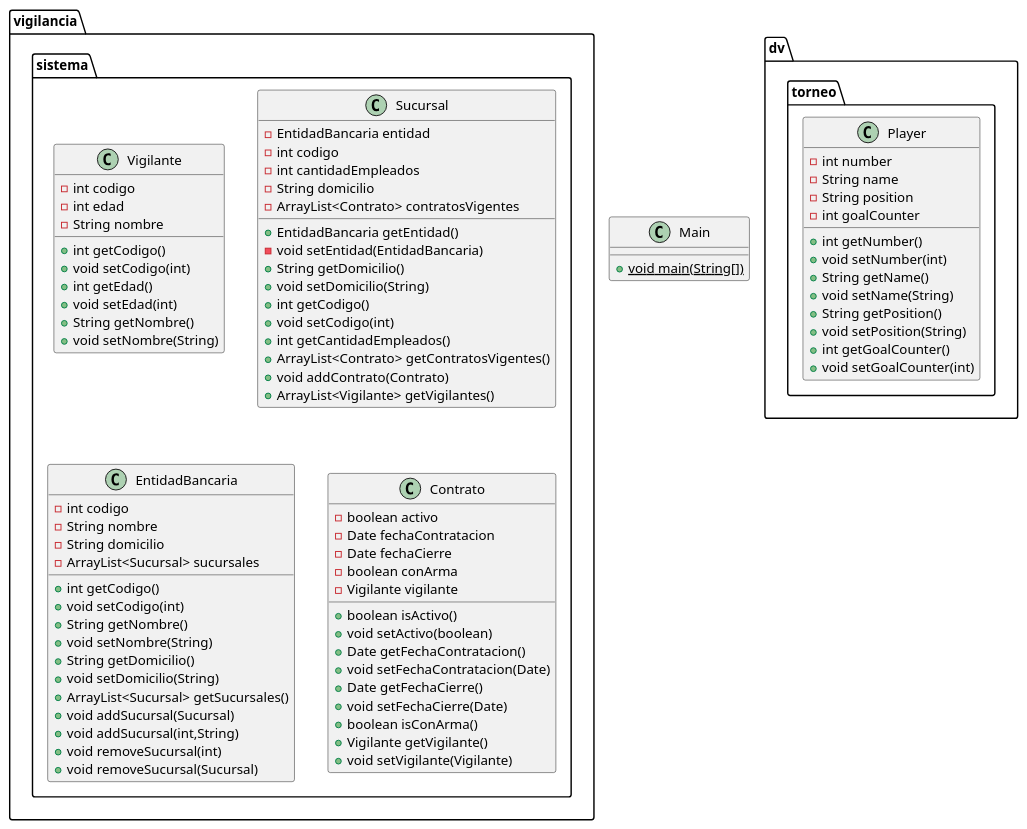
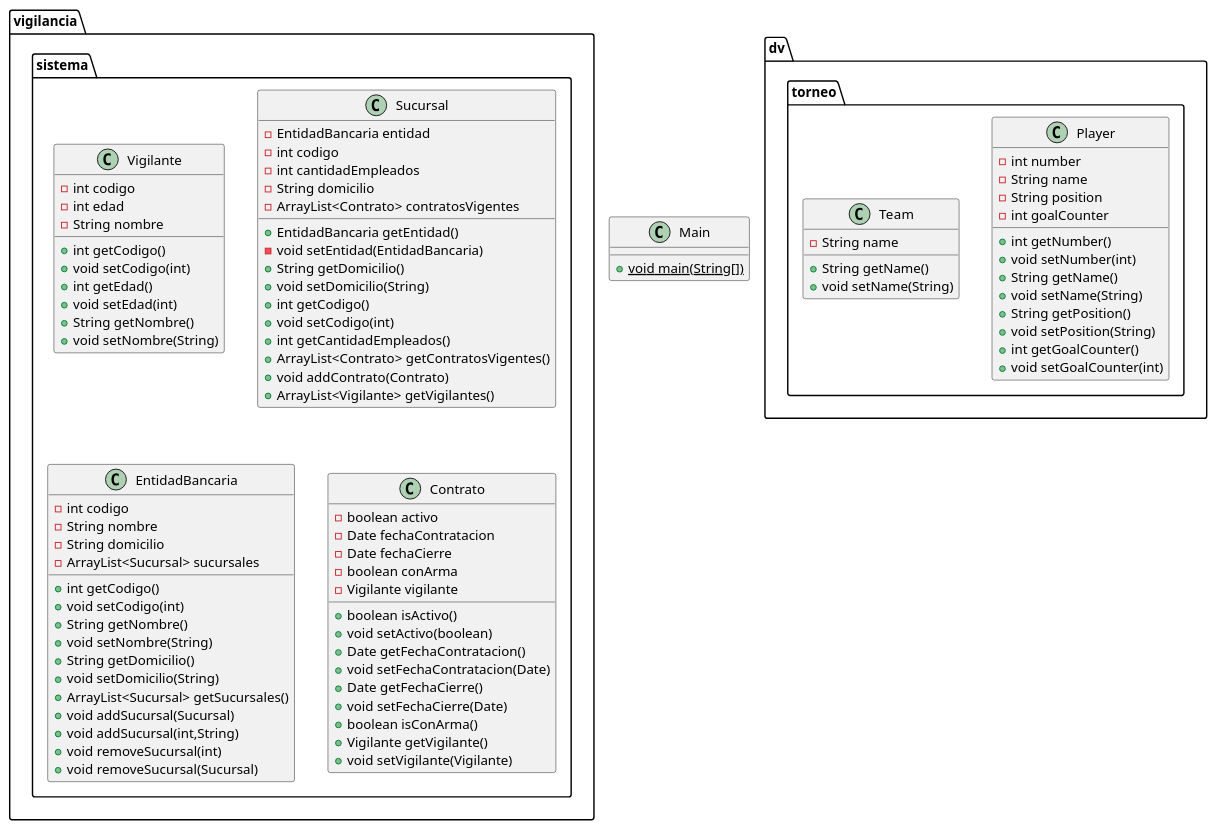
One commit to davinci-as/SistemaSucursales changed the diagram in class_diagram.puml. Above: the diagram before and after it, drawn with PlantUML.

Commit message:
docs: actualizar diagrama de clases

```diff
--- a/class_diagram.puml
+++ b/class_diagram.puml
@@ -1,91 +1,97 @@
 @startuml
 class vigilancia.sistema.Vigilante {
 - int codigo
 - int edad
 - String nombre
 + int getCodigo()
 + void setCodigo(int)
 + int getEdad()
 + void setEdad(int)
 + String getNombre()
 + void setNombre(String)
 }
 
 
 class vigilancia.sistema.Sucursal {
 - EntidadBancaria entidad
 - int codigo
 - int cantidadEmpleados
 - String domicilio
 - ArrayList<Contrato> contratosVigentes
 + EntidadBancaria getEntidad()
 - void setEntidad(EntidadBancaria)
 + String getDomicilio()
 + void setDomicilio(String)
 + int getCodigo()
 + void setCodigo(int)
 + int getCantidadEmpleados()
 + ArrayList<Contrato> getContratosVigentes()
 + void addContrato(Contrato)
 + ArrayList<Vigilante> getVigilantes()
 }
 
 
 class dv.torneo.Player {
 - int number
 - String name
 - String position
 - int goalCounter
 + int getNumber()
 + void setNumber(int)
 + String getName()
 + void setName(String)
 + String getPosition()
 + void setPosition(String)
 + int getGoalCounter()
 + void setGoalCounter(int)
 }
 
+class dv.torneo.Team {
+- String name
++ String getName()
++ void setName(String)
+}
+
 
 class vigilancia.sistema.EntidadBancaria {
 - int codigo
 - String nombre
 - String domicilio
 - ArrayList<Sucursal> sucursales
 + int getCodigo()
 + void setCodigo(int)
 + String getNombre()
 + void setNombre(String)
 + String getDomicilio()
 + void setDomicilio(String)
 + ArrayList<Sucursal> getSucursales()
 + void addSucursal(Sucursal)
 + void addSucursal(int,String)
 + void removeSucursal(int)
 + void removeSucursal(Sucursal)
 }
 
 
 class Main {
 + {static} void main(String[])
 }
 
 class vigilancia.sistema.Contrato {
 - boolean activo
 - Date fechaContratacion
 - Date fechaCierre
 - boolean conArma
 - Vigilante vigilante
 + boolean isActivo()
 + void setActivo(boolean)
 + Date getFechaContratacion()
 + void setFechaContratacion(Date)
 + Date getFechaCierre()
 + void setFechaCierre(Date)
 + boolean isConArma()
 + Vigilante getVigilante()
 + void setVigilante(Vigilante)
 }
 
 
 @enduml
```
